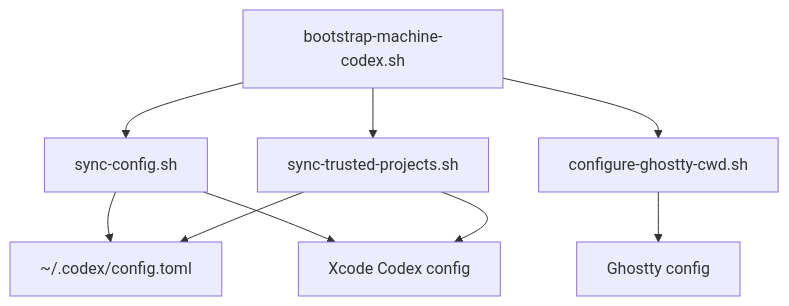
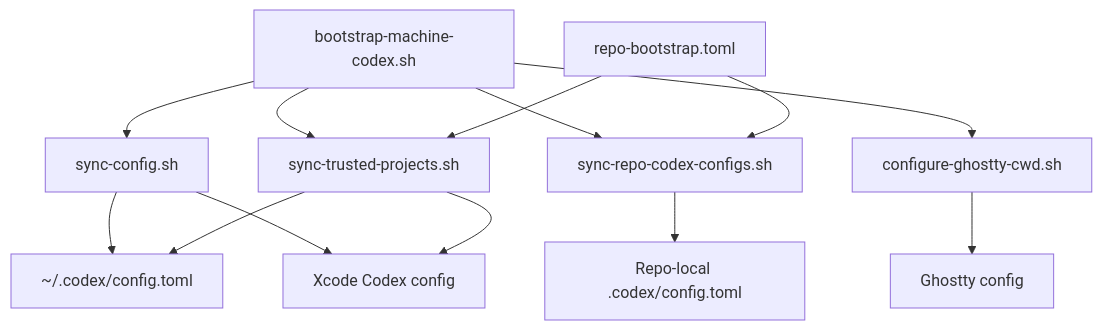
The first of 4 diagrams in docs/architecture/codex-control-plane-script-flows.md (wisdom-in-a-nutshell/.agents), drawn with Mermaid before and after one commit. The commit also changed other lines of this file and 2 other files, not shown here.

Commit message:
Codex: 2026-03-12 22:27:51Z

````diff
--- a/docs/architecture/codex-control-plane-script-flows.md
+++ b/docs/architecture/codex-control-plane-script-flows.md
@@ -18,11 +18,15 @@
 ```mermaid
 flowchart TD
     A[bootstrap-machine-codex.sh] --> B[sync-config.sh]
     A --> C[sync-trusted-projects.sh]
-    A --> D[configure-ghostty-cwd.sh]
-    B --> E[~/.codex/config.toml]
-    B --> F[Xcode Codex config]
-    C --> E
+    A --> D[sync-repo-codex-configs.sh]
+    A --> E[configure-ghostty-cwd.sh]
+    R[repo-bootstrap.toml] --> C
+    R --> D
+    B --> F[~/.codex/config.toml]
+    B --> G[Xcode Codex config]
     C --> F
-    D --> G[Ghostty config]
+    C --> G
+    D --> H[Repo-local .codex/config.toml]
+    E --> I[Ghostty config]
 ```
````
